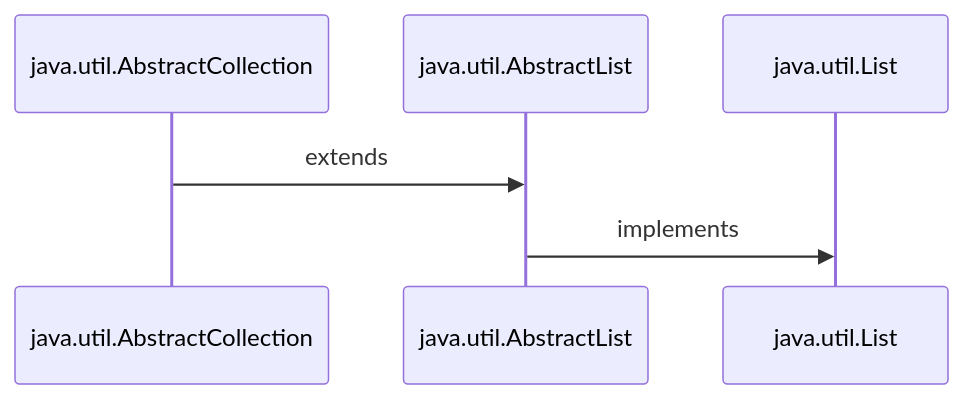
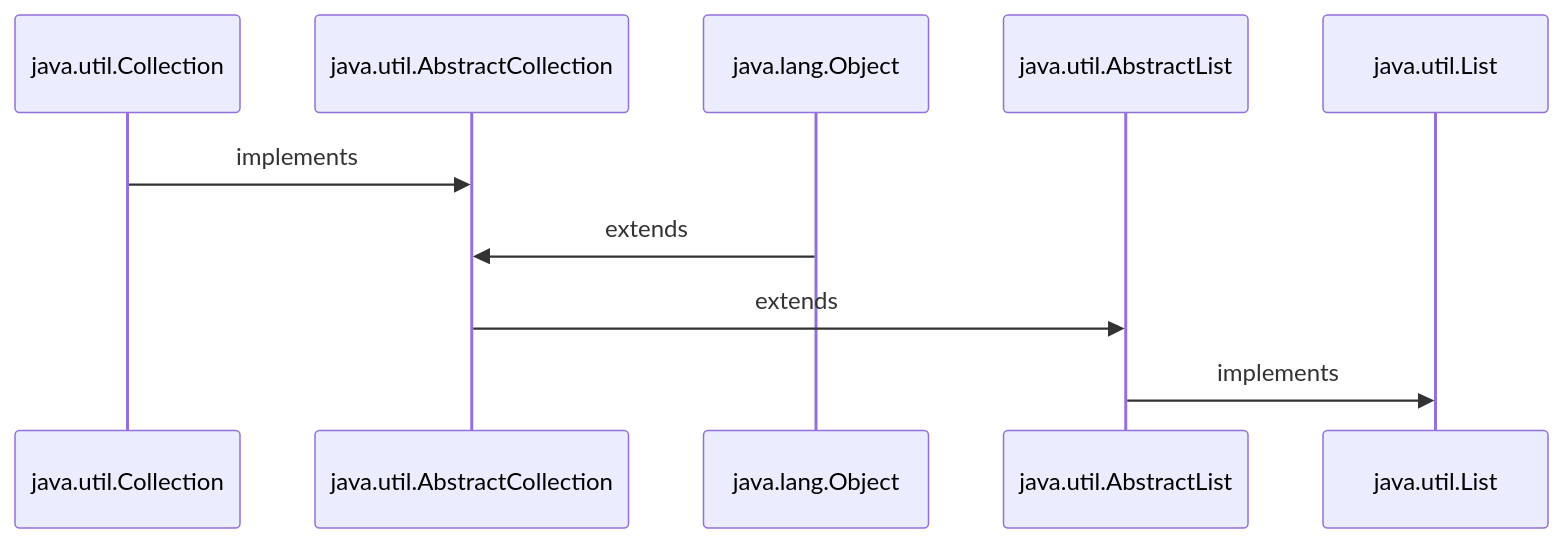
The diagram in README.md (AvinandanBose/JavaCollection_List_Vector), drawn with Mermaid before and after one commit. The commit also changed other lines of this file, not shown here.

````diff
--- a/README.md
+++ b/README.md
@@ -32,8 +32,11 @@
   ```mermaid
   
   sequenceDiagram
+ 
+java.util.Collection->>java.util.AbstractCollection:implements
+java.lang.Object->>java.util.AbstractCollection:extends
+java.util.AbstractCollection->>java.util.AbstractList:extends 
+java.util.AbstractList->>java.util.List:implements
 
- java.util.AbstractCollection->>java.util.AbstractList:extends 
-java.util.AbstractList->>java.util.List:implements
   
   ```
````
